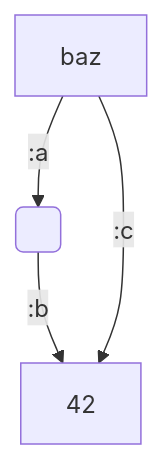
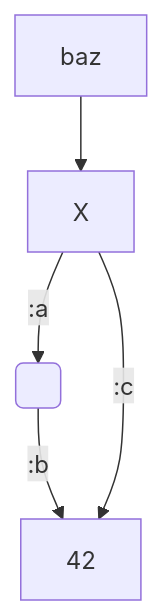
Before and after one commit to ekoontz/dag-unify: the fourth of 4 diagrams in README.md, drawn with Mermaid.

Commit message:
doc improvements

````diff
--- a/README.md
+++ b/README.md
@@ -202,6 +202,7 @@
 ```mermaid
 graph TD
-    X[baz] --> |:a| B( )
+    baz --> X
+	X --> |:a| B( )
     B   --> |:b| D[42]
     X --> |:c| D
 ```
````
